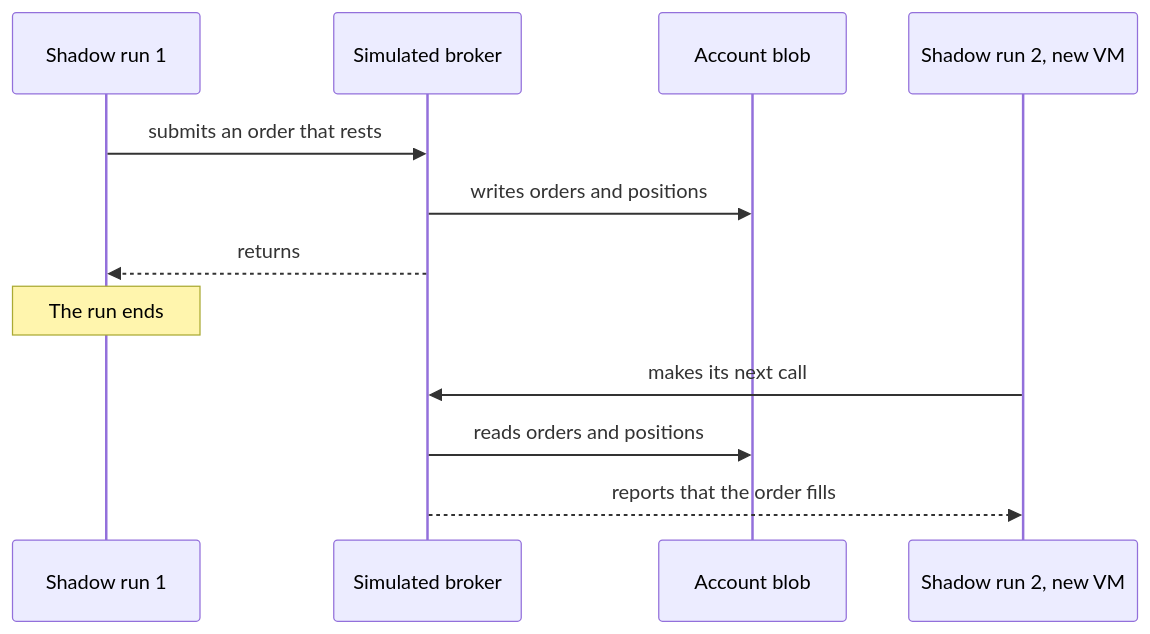
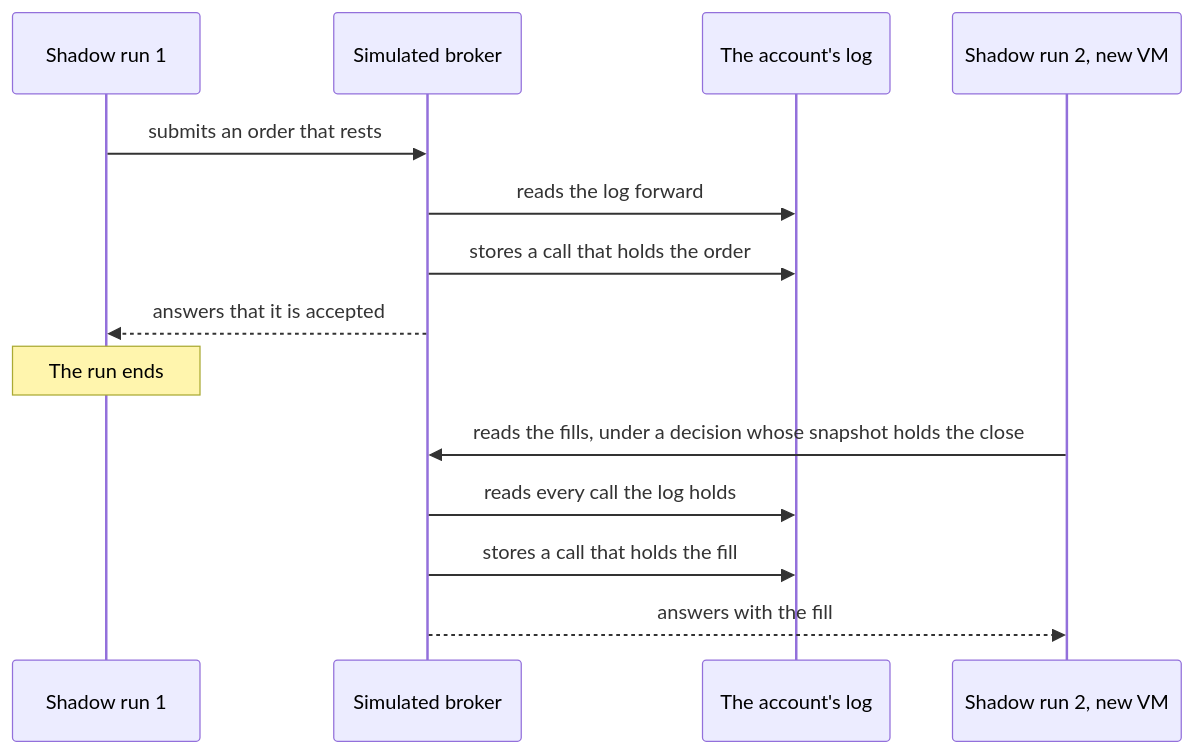
Before and after one commit to l3a0/ithildin-runtime: the third of 11 diagrams in docs/architecture/05-building-blocks.md, drawn with Mermaid. The commit also changed other lines of this file and 34 other files, not shown here.

First line of the commit message:
feat(execution): the simulated broker, its account's log and its faults (#179)

````diff
--- a/docs/architecture/05-building-blocks.md
+++ b/docs/architecture/05-building-blocks.md
@@ -241,14 +318,16 @@
 ```mermaid
 sequenceDiagram
     participant R1 as Shadow run 1
     participant S as Simulated broker
-    participant B as Account blob
+    participant B as The account's log
     participant R2 as Shadow run 2, new VM
     R1->>S: submits an order that rests
-    S->>B: writes orders and positions
-    S-->>R1: returns
+    S->>B: reads the log forward
+    S->>B: stores a call that holds the order
+    S-->>R1: answers that it is accepted
     Note over R1: The run ends
-    R2->>S: makes its next call
-    S->>B: reads orders and positions
-    S-->>R2: reports that the order fills
+    R2->>S: reads the fills, under a decision whose snapshot holds the close
+    S->>B: reads every call the log holds
+    S->>B: stores a call that holds the fill
+    S-->>R2: answers with the fill
 ```
````
